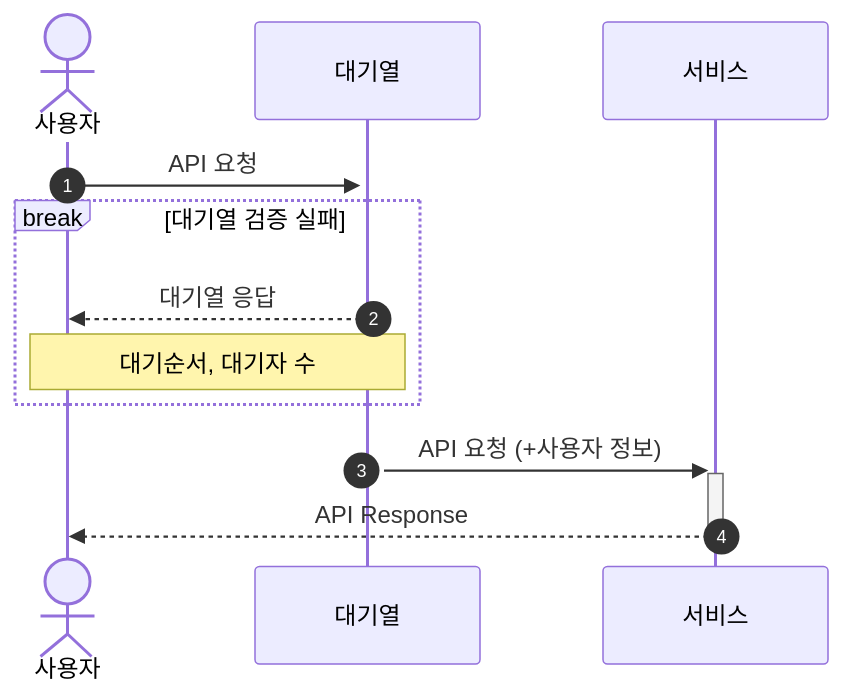
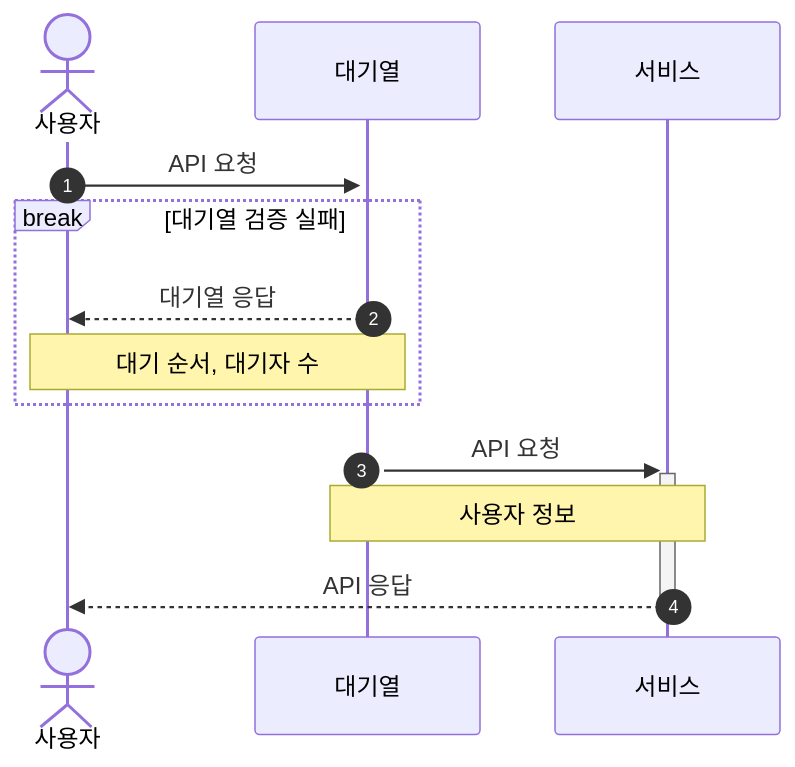
One commit to kdelay/Concert-Booking changed the second of 8 diagrams in README.md. Above: the diagram before and after it, drawn with Mermaid. The commit also changed other lines of this file, not shown here.

Commit message:
docs: [#1] 사용자 식별자 수정, 잔액 충전/조회 시퀀스 분리

````diff
--- a/README.md
+++ b/README.md
@@ -80,12 +80,13 @@
 ```mermaid
 sequenceDiagram
     autonumber
     actor 사용자
     사용자 ->>+ 대기열: API 요청
     break 대기열 검증 실패
         대기열 -->> 사용자: 대기열 응답
-        Note over 사용자, 대기열: 대기순서, 대기자 수
+        Note over 사용자, 대기열: 대기 순서, 대기자 수
     end
-    대기열 ->>+ 서비스: API 요청 (+사용자 정보)
-    서비스 -->>- 사용자: API Response
+    대기열 ->>+ 서비스: API 요청
+    Note over 대기열, 서비스: 사용자 정보
+    서비스 -->>- 사용자: API 응답
 ```
````
